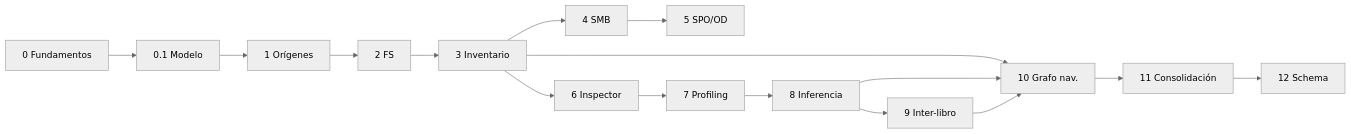
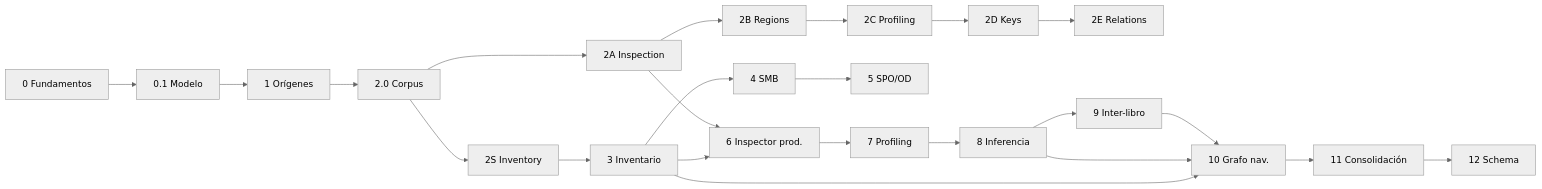
Before and after one commit to txemazapater/exceler: the diagram in docs/roadmap.md, drawn with Mermaid (neutral theme). The commit also changed other lines of this file and 52 other files, not shown here.

Commit message:
Harden Phase 2.0 fixture verify, expected schema, and roadmap naming.

````diff
--- a/docs/roadmap.md
+++ b/docs/roadmap.md
@@ -175,18 +218,25 @@
 ```mermaid
 flowchart LR
   F0[0 Fundamentos] --> F01[0.1 Modelo]
   F01 --> F1[1 Orígenes]
-  F1 --> F2[2 FS]
-  F2 --> F3[3 Inventario]
+  F1 --> F20[2.0 Corpus]
+  F20 --> F2S[2S Inventory]
+  F20 --> F2A[2A Inspection]
+  F2S --> F3[3 Inventario]
+  F2A --> F2B[2B Regions]
+  F2B --> F2C[2C Profiling]
+  F2C --> F2D[2D Keys]
+  F2D --> F2E[2E Relations]
   F3 --> F4[4 SMB]
-  F3 --> F6[6 Inspector]
+  F3 --> F6[6 Inspector prod.]
   F4 --> F5[5 SPO/OD]
+  F2A --> F6
   F6 --> F7[7 Profiling]
   F7 --> F8[8 Inferencia]
   F8 --> F9[9 Inter-libro]
   F3 --> F10[10 Grafo nav.]
   F8 --> F10
   F9 --> F10
   F10 --> F11[11 Consolidación]
   F11 --> F12[12 Schema]
 ```
````
